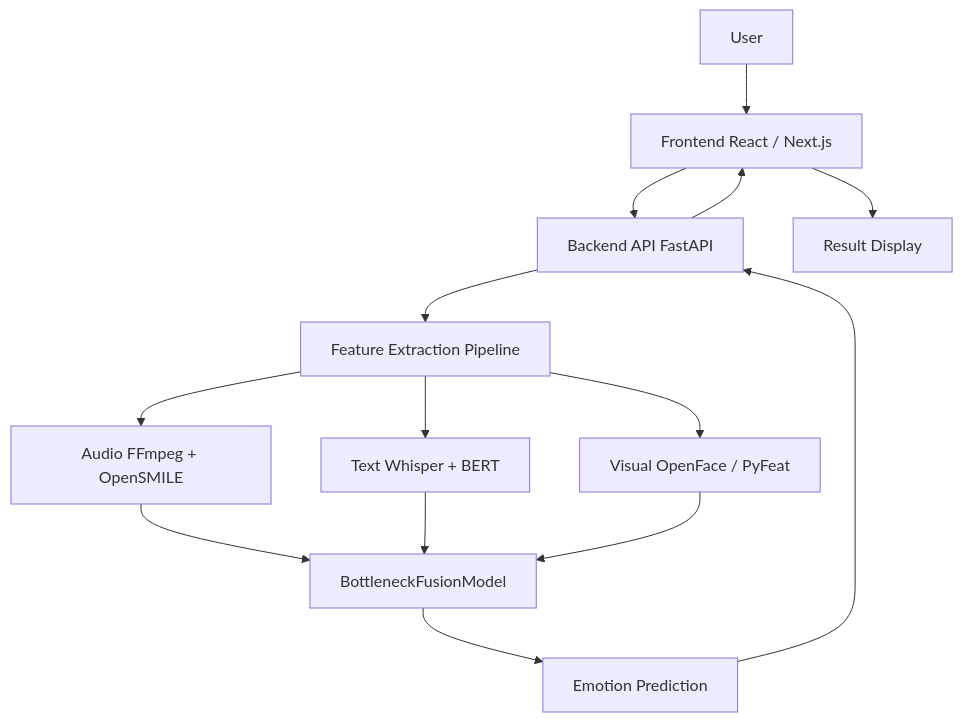
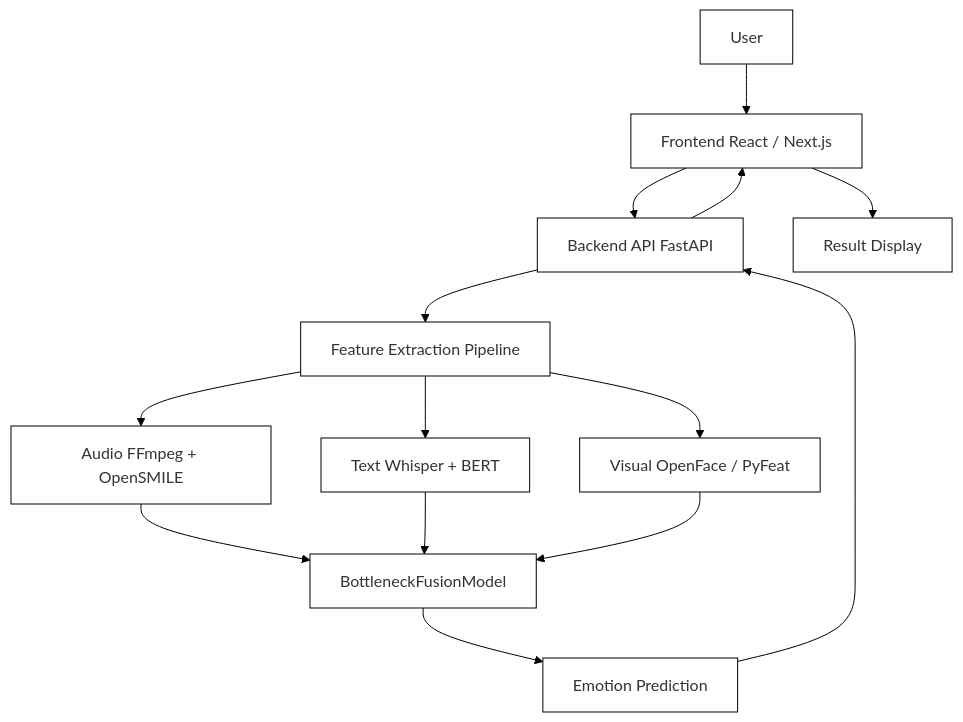
One commit to DariyaSaiga/Diploma changed the diagram in README.md. Above: the diagram before and after it, drawn with Mermaid.

````diff
--- a/README.md
+++ b/README.md
@@ -1,23 +1,31 @@
 ```mermaid
+%%{init: {'theme':'base', 'themeVariables': {
+  'background': '#ffffff',
+  'primaryColor': '#ffffff',
+  'primaryBorderColor': '#000000',
+  'lineColor': '#000000',
+  'textColor': '#000000'
+}}}%%
+
 graph TD
 
 U[User] --> F[Frontend React / Next.js]
 F --> B[Backend API FastAPI]
 
 B --> P[Feature Extraction Pipeline]
 
 P --> A[Audio FFmpeg + OpenSMILE]
 P --> T[Text Whisper + BERT]
 P --> V[Visual OpenFace / PyFeat]
 
 A --> M[BottleneckFusionModel]
 T --> M
 V --> M
 
 M --> O[Emotion Prediction]
 
 O --> B
 B --> F
 
 F --> R[Result Display]
 ```
````
